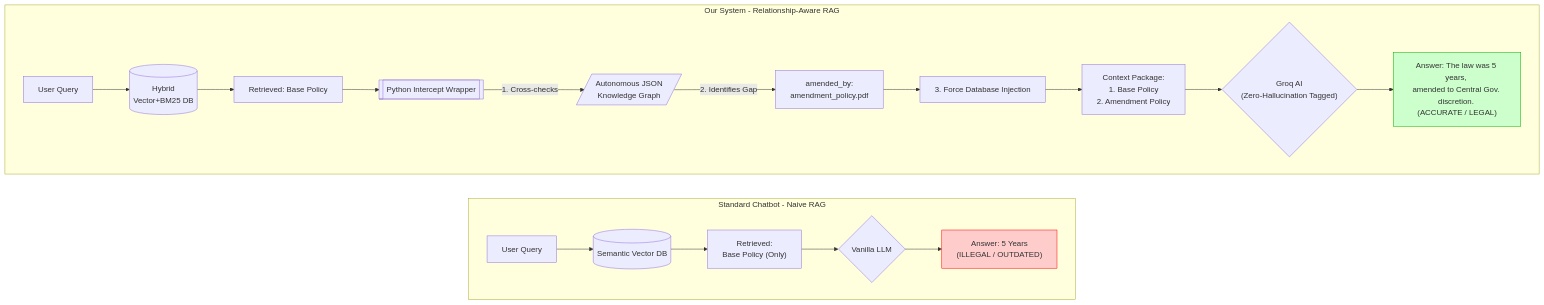
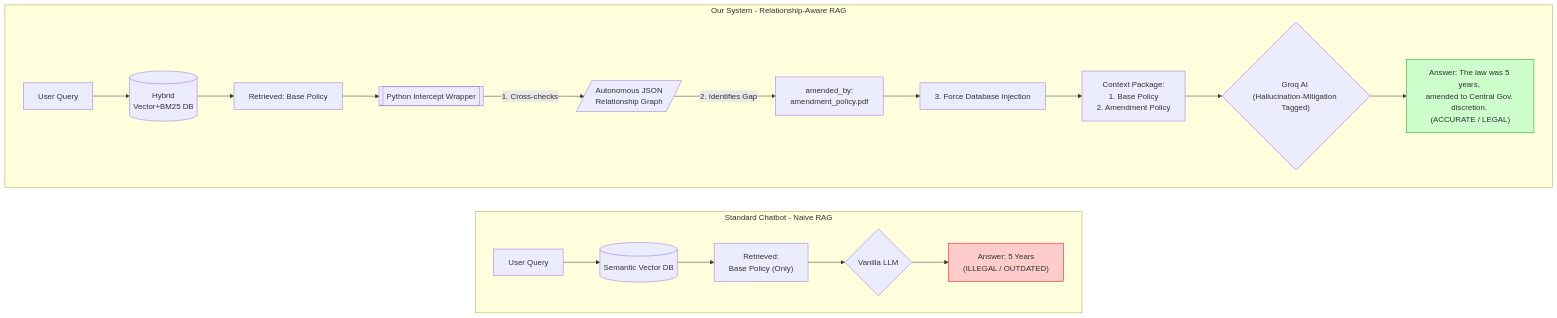
One commit to vishireddy/MinorP changed the diagram in Project_Report.md. Above: the diagram before and after it, drawn with Mermaid. The commit also changed other lines of this file and 17 other files, not shown here.

````diff
--- a/Project_Report.md
+++ b/Project_Report.md
@@ -55,32 +55,32 @@
 ```mermaid
 flowchart LR
     subgraph Standard Chatbot - Naive RAG
         direction LR
         Q1["User Query"] --> VDB1[("Semantic Vector DB")]
         VDB1 --> C1["Retrieved: <br/>Base Policy (Only)"]
         C1 --> LLM1{"Vanilla LLM"}
         LLM1 --> A1["Answer: 5 Years <br/>(ILLEGAL / OUTDATED)"]
     end
 
     subgraph Our System - Relationship-Aware RAG
         direction LR
         Q2["User Query"] --> VDB2[("Hybrid <br/>Vector+BM25 DB")]
         VDB2 --> C2["Retrieved: Base Policy"]
         
         C2 --> INTERCEPT[["Python Intercept Wrapper"]]
         
-        INTERCEPT -->|1. Cross-checks| KG[/"Autonomous JSON <br/>Knowledge Graph"/]
+        INTERCEPT -->|1. Cross-checks| KG[/"Autonomous JSON <br/>Relationship Graph"/]
         KG -->|2. Identifies Gap| TAG["amended_by: <br/>amendment_policy.pdf"]
         
         TAG --> FORCE["3. Force Database Injection"]
         FORCE --> C3["Context Package:<br/>1. Base Policy<br/>2. Amendment Policy"]
         
-        C3 --> LLM2{"Groq AI <br/>(Zero-Hallucination Tagged)"}
+        C3 --> LLM2{"Groq AI <br/>(Hallucination-Mitigation Tagged)"}
         LLM2 --> A2["Answer: The law was 5 years, <br/>amended to Central Gov. discretion. <br/>(ACCURATE / LEGAL)"]
     end
 
     classDef danger fill:#ffcccc,stroke:#ff0000;
     classDef success fill:#ccffcc,stroke:#00aa00;
     class A1 danger;
     class A2 success;
 ```
````
